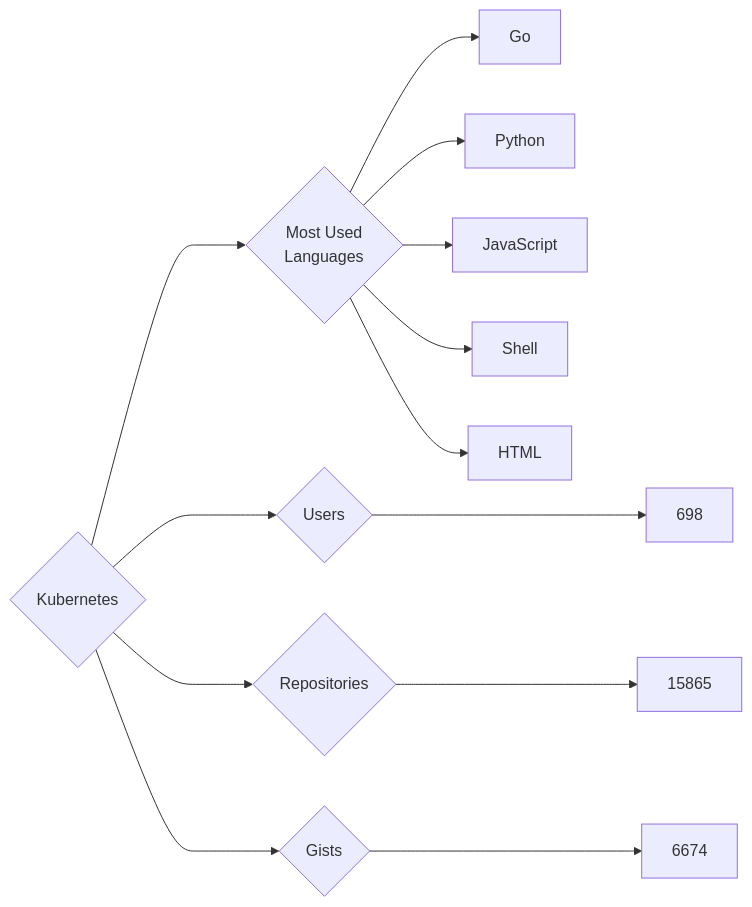
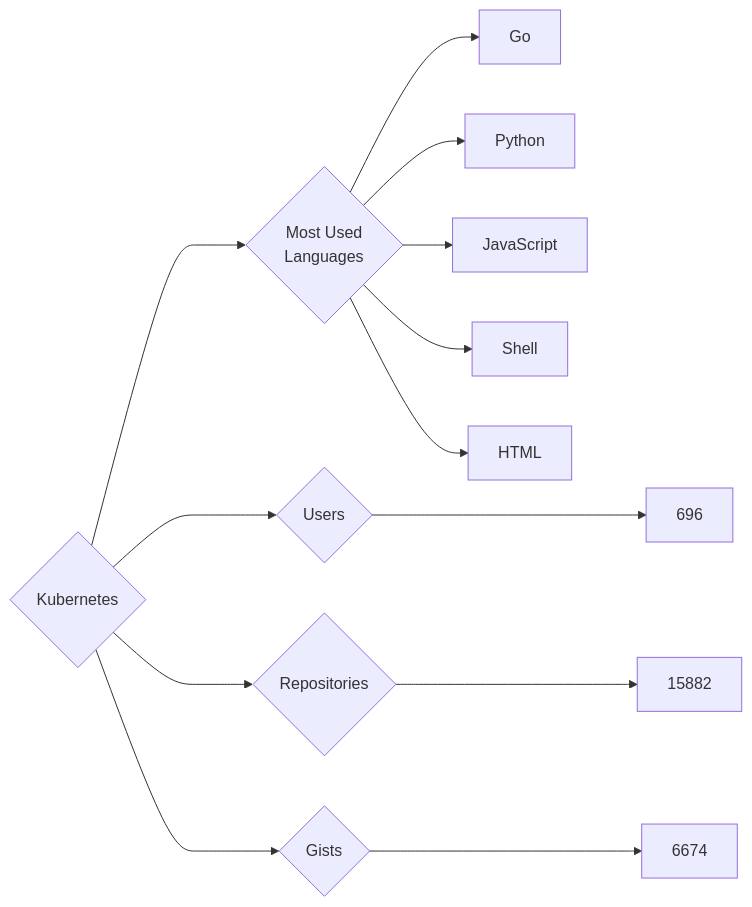
The diagram in targets/Kubernetes/README.md (trickest/insiders), drawn with Mermaid before and after one commit. The commit also changed 736 other files, not shown here.

````diff
--- a/targets/Kubernetes/README.md
+++ b/targets/Kubernetes/README.md
@@ -3,13 +3,13 @@
 ```mermaid
 graph LR
 COMPANY_NAME{Kubernetes}
-COMPANY_NAME ---> U{Users} ---> UN[698]
-COMPANY_NAME ---> R{Repositories} ---> RN[15865]
+COMPANY_NAME ---> U{Users} ---> UN[696]
+COMPANY_NAME ---> R{Repositories} ---> RN[15882]
 COMPANY_NAME ---> G{Gists} ---> GN[6674]
 COMPANY_NAME ---> ML{Most Used<br>Languages}
 ML --> Go[Go]
 ML --> Python[Python]
 ML --> JavaScript[JavaScript]
 ML --> Shell[Shell]
 ML --> HTML[HTML]
 ```
````
